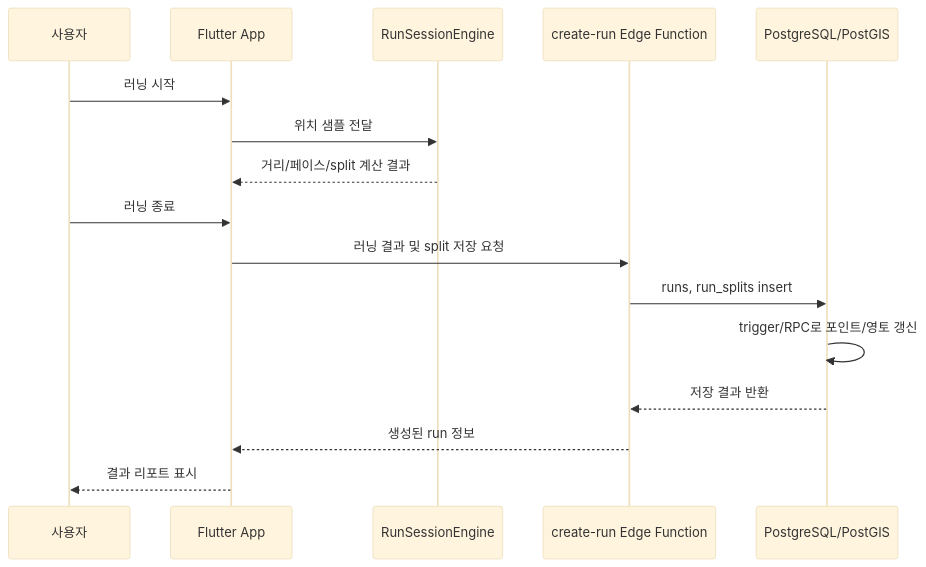
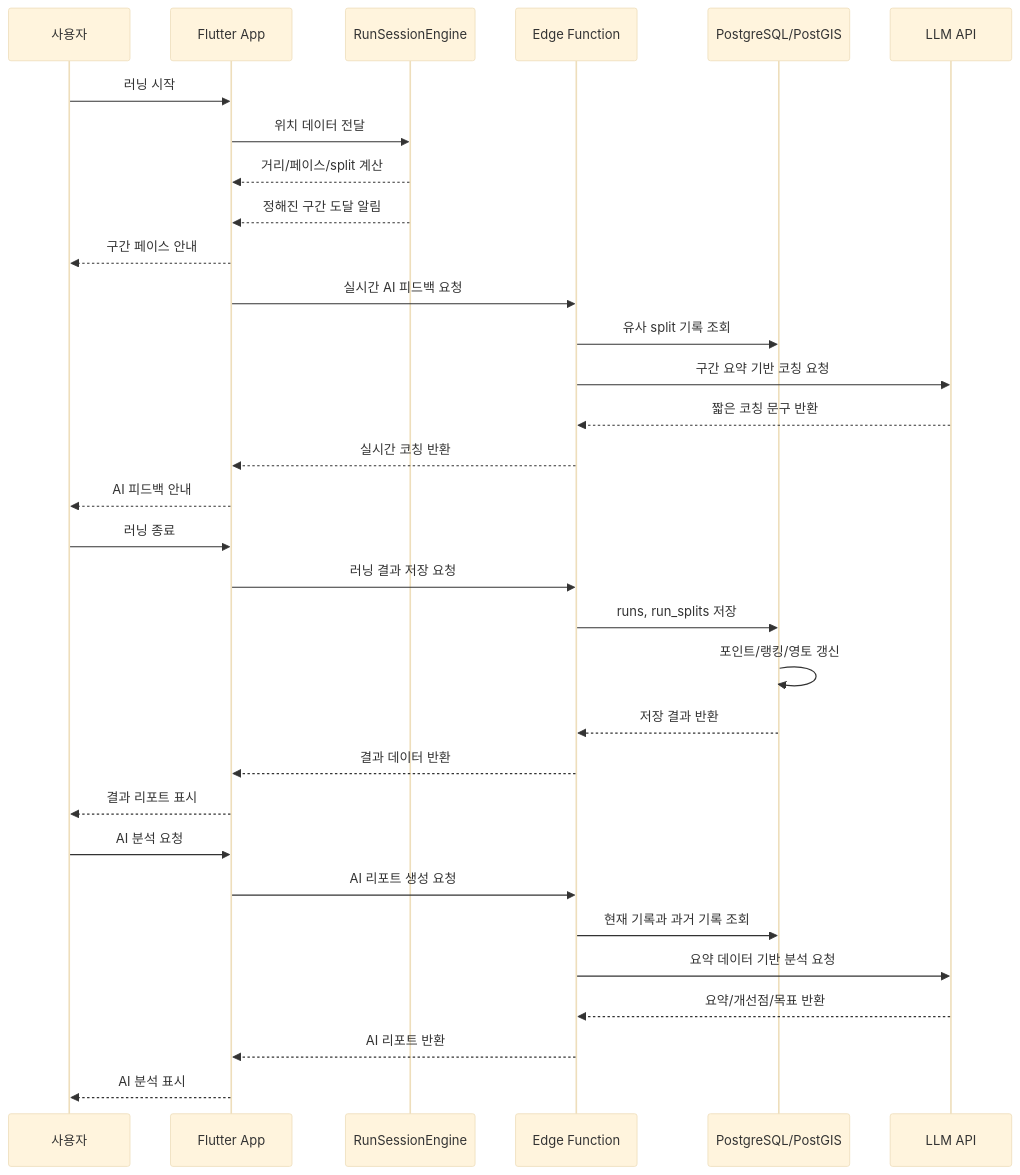
One commit to redbrick01/Runner.io changed the third of 3 diagrams in README.md. Above: the diagram before and after it, drawn with Mermaid (base theme). The commit also changed other lines of this file and 436 other files, not shown here.

````diff
--- a/README.md
+++ b/README.md
@@ -96,19 +365,35 @@
 ```mermaid
 sequenceDiagram
   participant U as 사용자
   participant A as Flutter App
   participant E as RunSessionEngine
-  participant F as create-run Edge Function
+  participant F as Edge Function
   participant D as PostgreSQL/PostGIS
+  participant L as LLM API
 
   U->>A: 러닝 시작
-  A->>E: 위치 샘플 전달
-  E-->>A: 거리/페이스/split 계산 결과
+  A->>E: 위치 데이터 전달
+  E-->>A: 거리/페이스/split 계산
+  E-->>A: 정해진 구간 도달 알림
+  A-->>U: 구간 페이스 안내
+  A->>F: 실시간 AI 피드백 요청
+  F->>D: 유사 split 기록 조회
+  F->>L: 구간 요약 기반 코칭 요청
+  L-->>F: 짧은 코칭 문구 반환
+  F-->>A: 실시간 코칭 반환
+  A-->>U: AI 피드백 안내
   U->>A: 러닝 종료
-  A->>F: 러닝 결과 및 split 저장 요청
-  F->>D: runs, run_splits insert
-  D->>D: trigger/RPC로 포인트/영토 갱신
+  A->>F: 러닝 결과 저장 요청
+  F->>D: runs, run_splits 저장
+  D->>D: 포인트/랭킹/영토 갱신
   D-->>F: 저장 결과 반환
-  F-->>A: 생성된 run 정보
+  F-->>A: 결과 데이터 반환
   A-->>U: 결과 리포트 표시
+  U->>A: AI 분석 요청
+  A->>F: AI 리포트 생성 요청
+  F->>D: 현재 기록과 과거 기록 조회
+  F->>L: 요약 데이터 기반 분석 요청
+  L-->>F: 요약/개선점/목표 반환
+  F-->>A: AI 리포트 반환
+  A-->>U: AI 분석 표시
 ```
````
